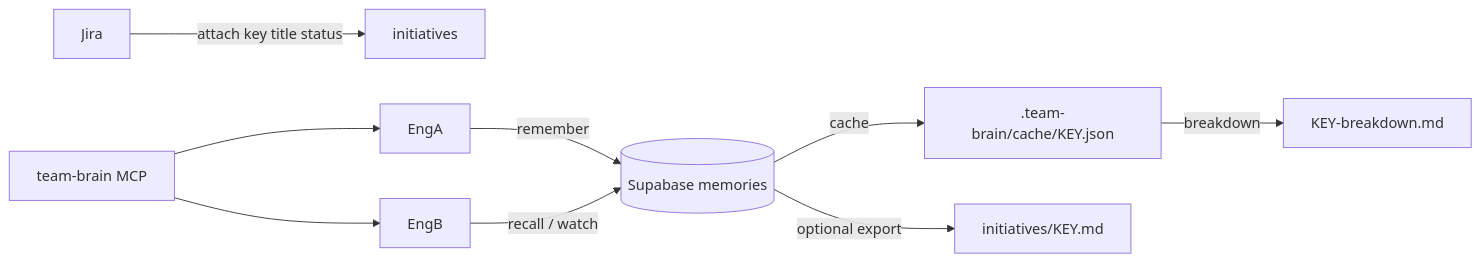
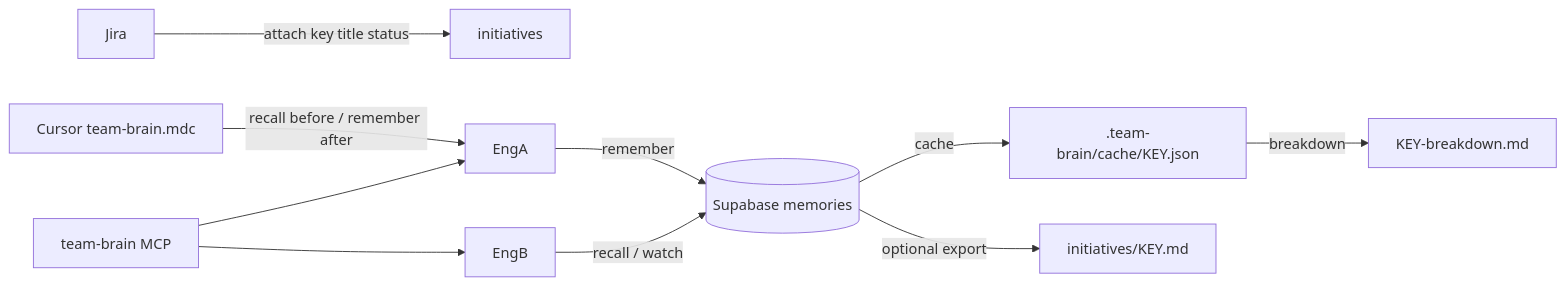
Before and after one commit to Hrithik-Gavankar/brainstack: the fourth of 7 diagrams in docs/architecture.md, drawn with Mermaid. The commit also changed other lines of this file and 24 other files, not shown here.

Commit message:
docs(team-brain): align README, guides, and website with collaborative memory shipped state

````diff
--- a/docs/architecture.md
+++ b/docs/architecture.md
@@ -143,11 +153,12 @@
 ```mermaid
 flowchart LR
   Jira -->|attach key title status| Init[initiatives]
   EngA -->|remember| SB[(Supabase memories)]
   EngB -->|recall / watch| SB
   SB -->|cache| JSON[".team-brain/cache/KEY.json"]
   SB -->|optional export| MD["initiatives/KEY.md"]
   JSON -->|breakdown| Draft["KEY-breakdown.md"]
+  Rule[Cursor team-brain.mdc] -->|recall before / remember after| EngA
   MCP[team-brain MCP] --> EngA
   MCP --> EngB
 ```
````
